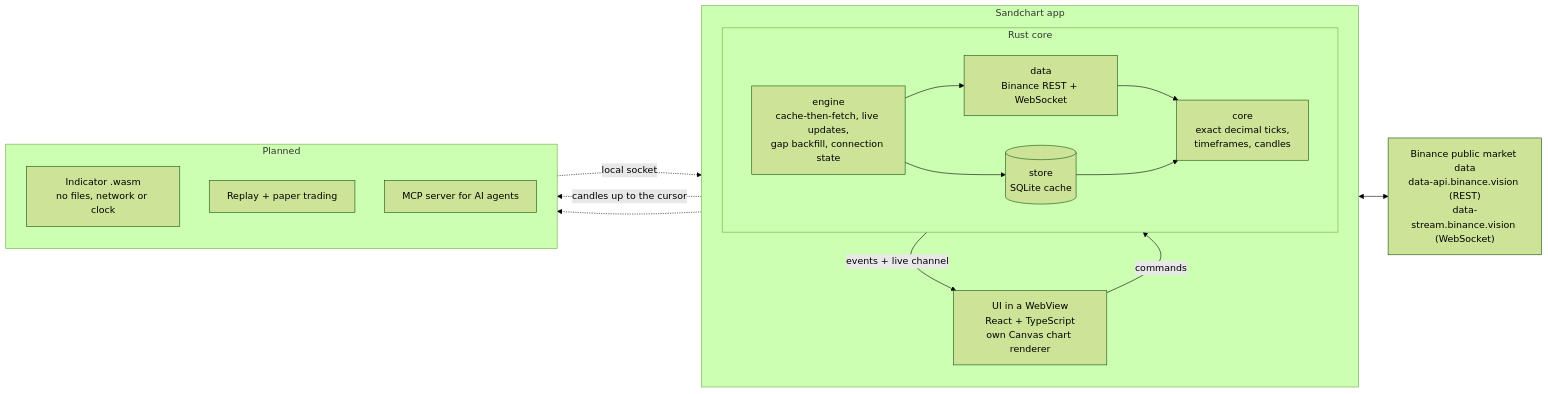
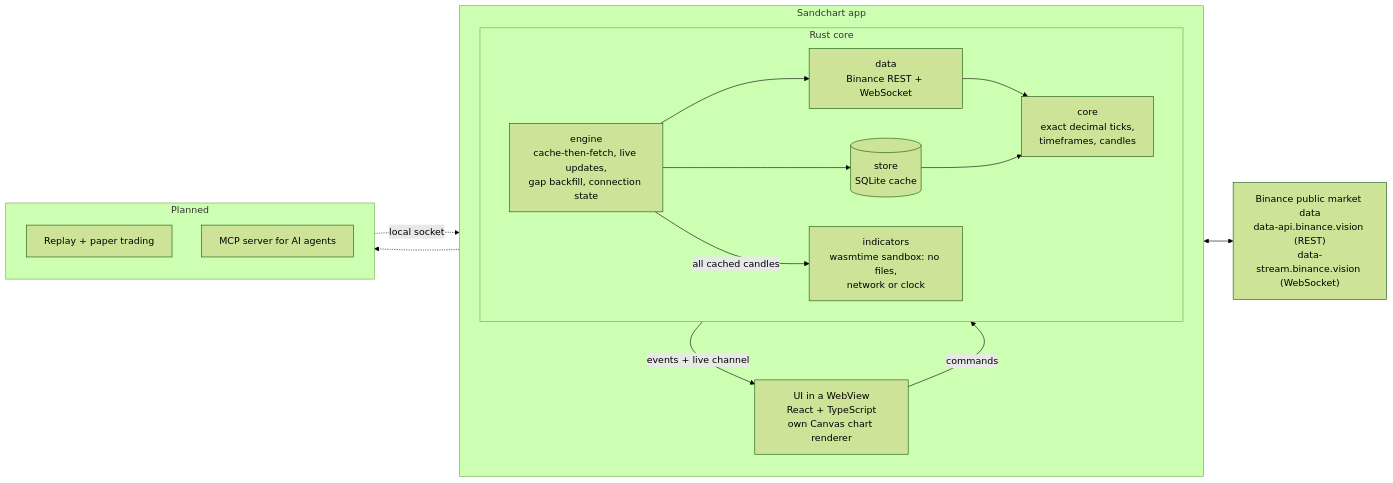
Before and after one commit to kennnyz/sandchart: the first of 2 diagrams in README.md, drawn with Mermaid (forest theme). The commit also changed other lines of this file and 3 other files, not shown here.

````diff
--- a/README.md
+++ b/README.md
@@ -36,32 +37,32 @@
 ```mermaid
 flowchart LR
     subgraph app["Sandchart app"]
         direction TB
         ui["UI in a WebView<br/>React + TypeScript<br/>own Canvas chart renderer"]
         subgraph core["Rust core"]
             direction LR
             engine["engine<br/>cache-then-fetch, live updates,<br/>gap backfill, connection state"]
             data["data<br/>Binance REST + WebSocket"]
             store[("store<br/>SQLite cache")]
             corecrate["core<br/>exact decimal ticks,<br/>timeframes, candles"]
+            host["indicators<br/>wasmtime sandbox: no files,<br/>network or clock"]
         end
         ui -- "commands" --> engine
         engine -- "events + live channel" --> ui
         engine --> data
         engine --> store
+        engine -- "all cached candles" --> host
         data --> corecrate
         store --> corecrate
     end
     binance["Binance public market data<br/>data-api.binance.vision (REST)<br/>data-stream.binance.vision (WebSocket)"]
     data <--> binance
 
     subgraph planned["Planned"]
         direction TB
-        wasm["Indicator .wasm<br/>no files, network or clock"]
         replay["Replay + paper trading"]
         mcp["MCP server for AI agents"]
     end
-    engine -. "candles up to the cursor" .-> wasm
     engine -.-> replay
     mcp -. "local socket" .-> engine
 ```
````
